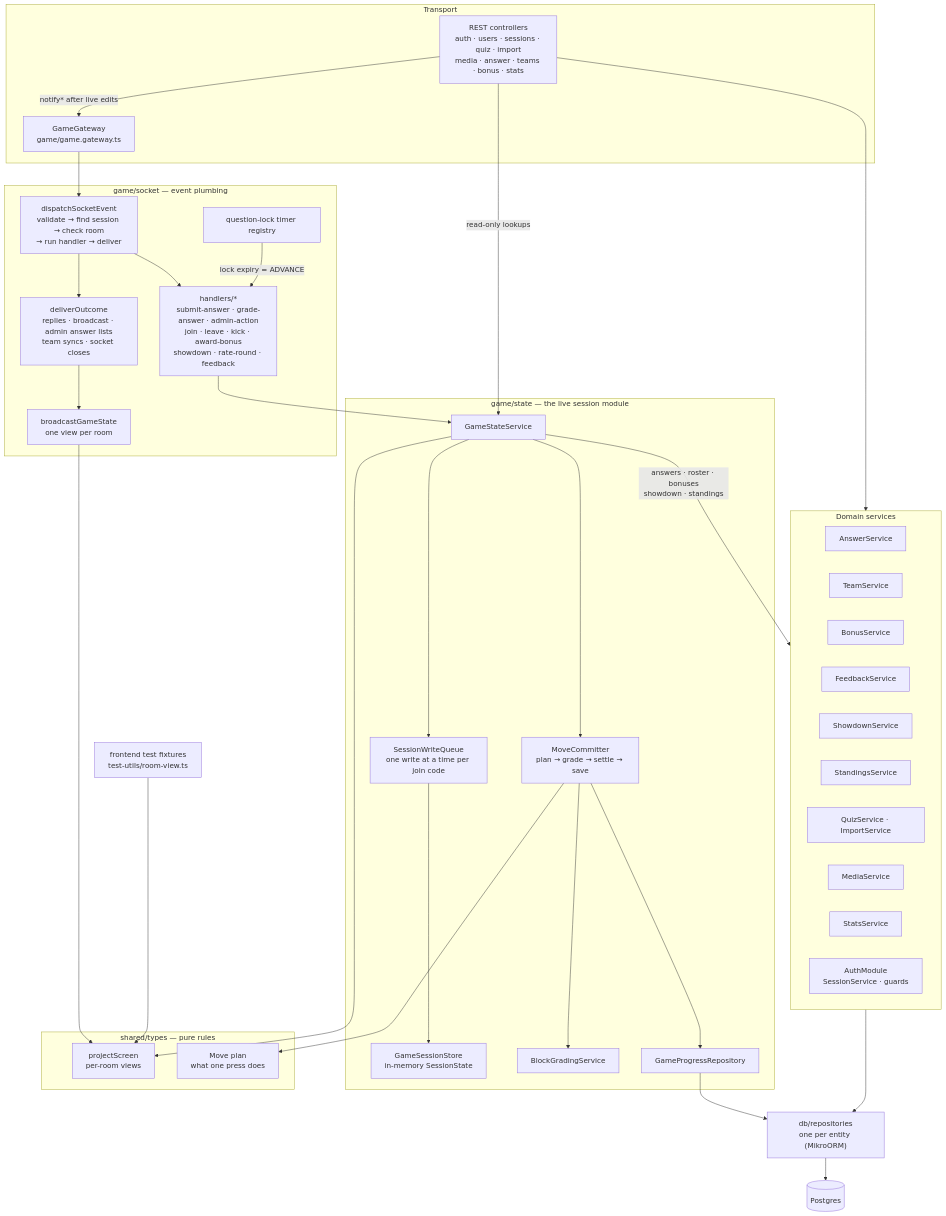
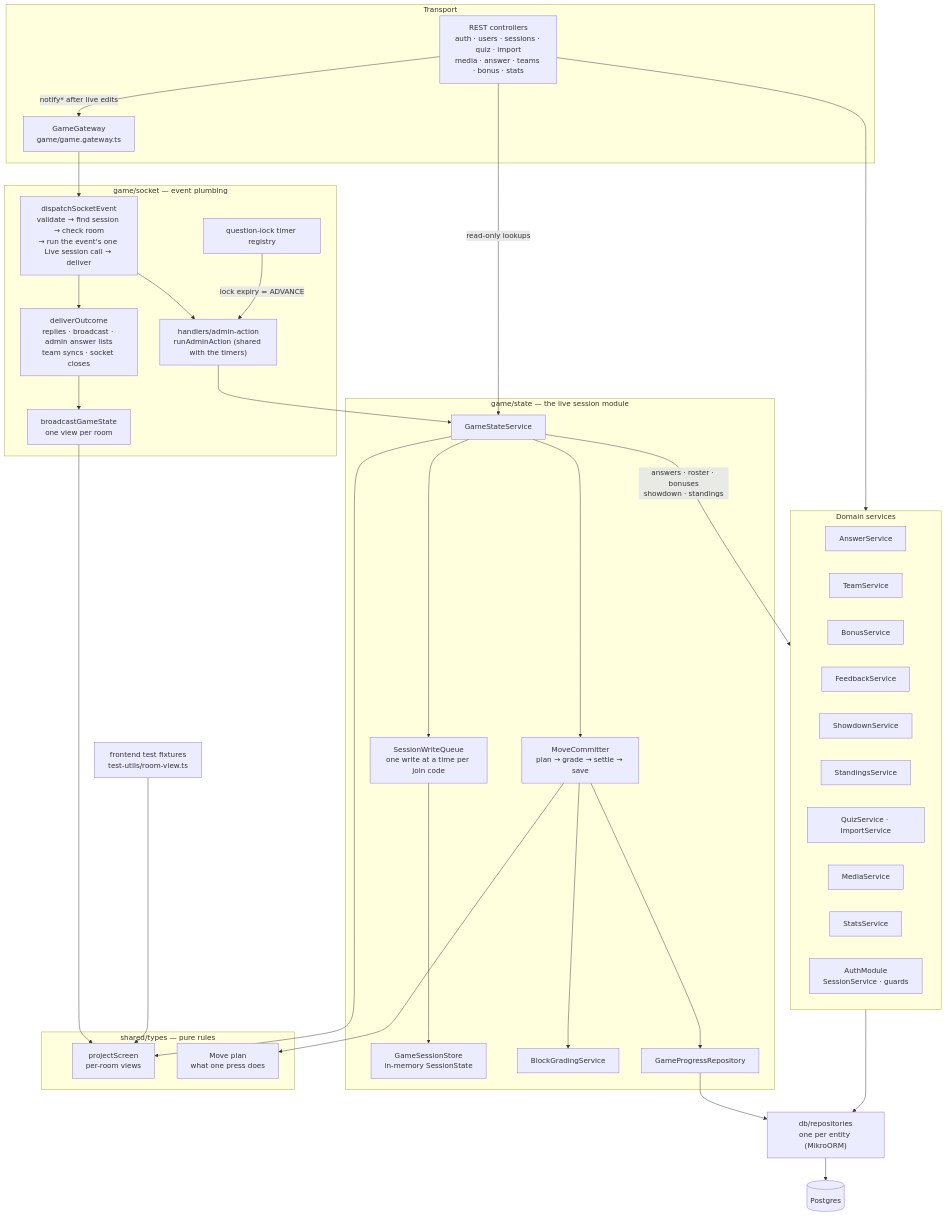
The third of 8 diagrams in docs/architecture.md (Sid0rr0/campus-pubquiz), drawn with Mermaid before and after one commit. The commit also changed 14 other files, not shown here.

First line of the commit message:
refactor(backend): delete pass-through socket handlers

````diff
--- a/docs/architecture.md
+++ b/docs/architecture.md
@@ -73,64 +73,64 @@
 ```mermaid
 flowchart TD
   subgraph transport["Transport"]
     gw["GameGateway<br/>game/game.gateway.ts"]
     rest["REST controllers<br/>auth · users · sessions · quiz · import<br/>media · answer · teams · bonus · stats"]
   end
 
   subgraph socket["game/socket — event plumbing"]
-    dispatch["dispatchSocketEvent<br/>validate → find session → check room<br/>→ run handler → deliver"]
-    handlers["handlers/*<br/>submit-answer · grade-answer · admin-action<br/>join · leave · kick · award-bonus<br/>showdown · rate-round · feedback"]
+    dispatch["dispatchSocketEvent<br/>validate → find session → check room<br/>→ run the event's one Live session call → deliver"]
+    handlers["handlers/admin-action<br/>runAdminAction (shared with the timers)"]
     deliver["deliverOutcome<br/>replies · broadcast · admin answer lists<br/>team syncs · socket closes"]
     broadcast["broadcastGameState<br/>one view per room"]
     timers["question-lock timer registry"]
   end
 
   subgraph state["game/state — the live session module"]
     gss["GameStateService"]
     queue["SessionWriteQueue<br/>one write at a time per join code"]
     store["GameSessionStore<br/>in-memory SessionState"]
     mover["MoveCommitter<br/>plan → grade → settle → save"]
     grading["BlockGradingService"]
     progress["GameProgressRepository"]
   end
 
   subgraph shared["shared/types — pure rules"]
     project["projectScreen<br/>per-room views"]
     plan["Move plan<br/>what one press does"]
   end
 
   subgraph domain["Domain services"]
     answer["AnswerService"]
     team["TeamService"]
     bonus["BonusService"]
     feedback["FeedbackService"]
     showdown["ShowdownService"]
     standings["StandingsService"]
     quiz["QuizService · ImportService"]
     media["MediaService"]
     stats["StatsService"]
     auth["AuthModule<br/>SessionService · guards"]
   end
 
   repos["db/repositories<br/>one per entity (MikroORM)"]
   db[("Postgres")]
 
   gw --> dispatch --> handlers --> gss
   dispatch --> deliver --> broadcast --> project
   timers -->|"lock expiry = ADVANCE"| handlers
   rest -->|"notify* after live edits"| gw
   rest -->|read-only lookups| gss
   rest --> domain
 
   gss --> queue --> store
   gss --> mover --> grading
   mover --> progress
   mover --> plan
   gss --> project
   fixtures["frontend test fixtures<br/>test-utils/room-view.ts"] --> project
   gss -->|"answers · roster · bonuses<br/>showdown · standings"| domain
 
   domain --> repos
   progress --> repos
   repos --> db
 ```
````
